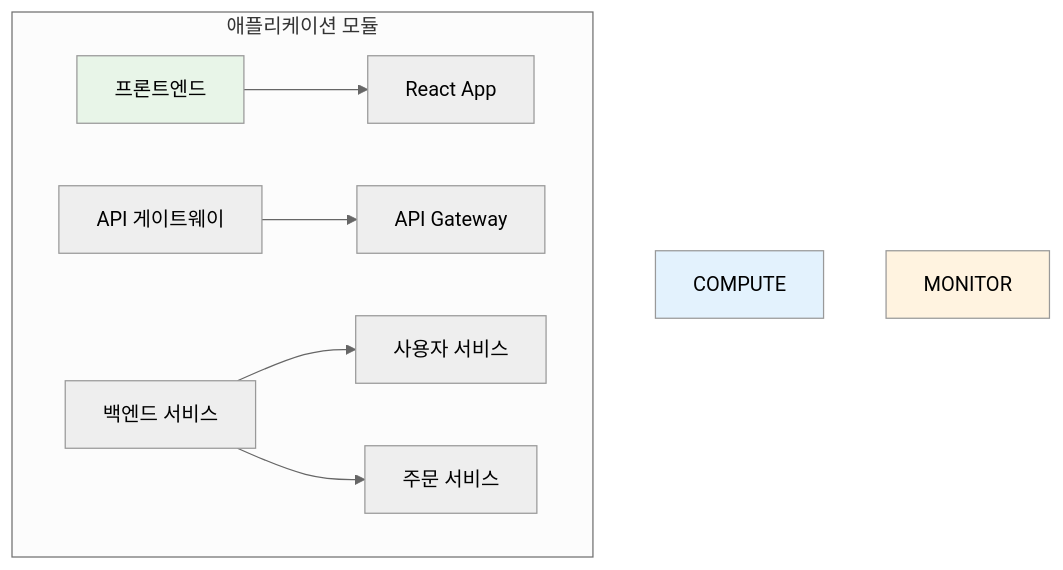
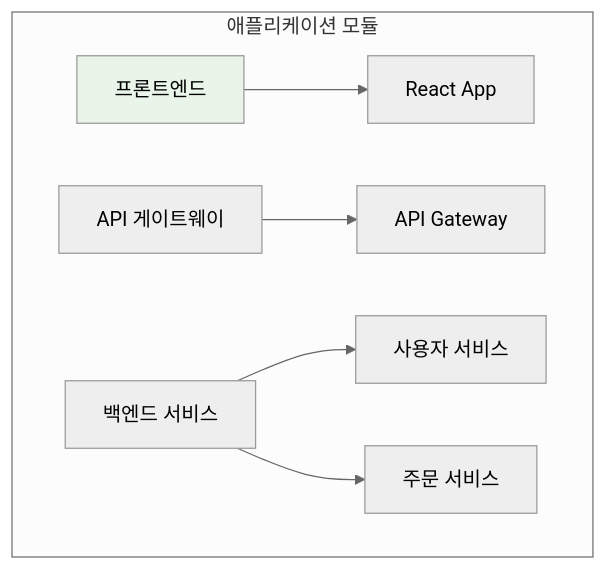
One commit to niceguy61/kdt_devops_lecture_2025 changed the eighth of 9 diagrams in theory/december/make_diagram/lecture/02_complexity_management.md. Above: the diagram before and after it, drawn with Mermaid (neutral theme). The commit also changed other lines of this file, not shown here.

````diff
--- a/theory/december/make_diagram/lecture/02_complexity_management.md
+++ b/theory/december/make_diagram/lecture/02_complexity_management.md
@@ -217,16 +215,14 @@
 ```mermaid
 graph TB
     subgraph "애플리케이션 모듈"
         FRONTEND[프론트엔드]
         API[API 게이트웨이]
         BACKEND[백엔드 서비스]
         
         FRONTEND --> REACT[React App]
         API --> GATEWAY[API Gateway]
         BACKEND --> MICRO1[사용자 서비스]
         BACKEND --> MICRO2[주문 서비스]
     end    
-    style COMPUTE fill:#e3f2fd
     style FRONTEND fill:#e8f5e8
-    style MONITOR fill:#fff3e0
 ```
````
